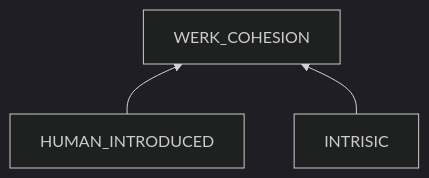
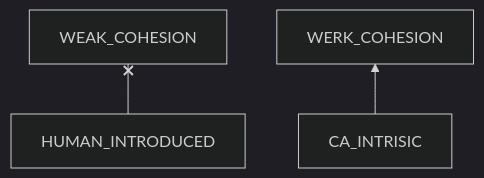
The fourth of 4 diagrams in physics_chemistry/glue_not_sticky.md (SuxinL/Notes), drawn with Mermaid (dark theme) before and after one commit. The commit also changed other lines of this file, not shown here.

````diff
--- a/physics_chemistry/glue_not_sticky.md
+++ b/physics_chemistry/glue_not_sticky.md
@@ -143,6 +143,6 @@
 ```mermaid
 flowchart BT
-WERK_COHESION
-HUMAN_INTRODUCED --> WERK_COHESION
-INTRISIC --> WERK_COHESION
+WEAK_COHESION
+HUMAN_INTRODUCED --x WEAK_COHESION
+CA_INTRISIC --> WERK_COHESION
 ```
````
